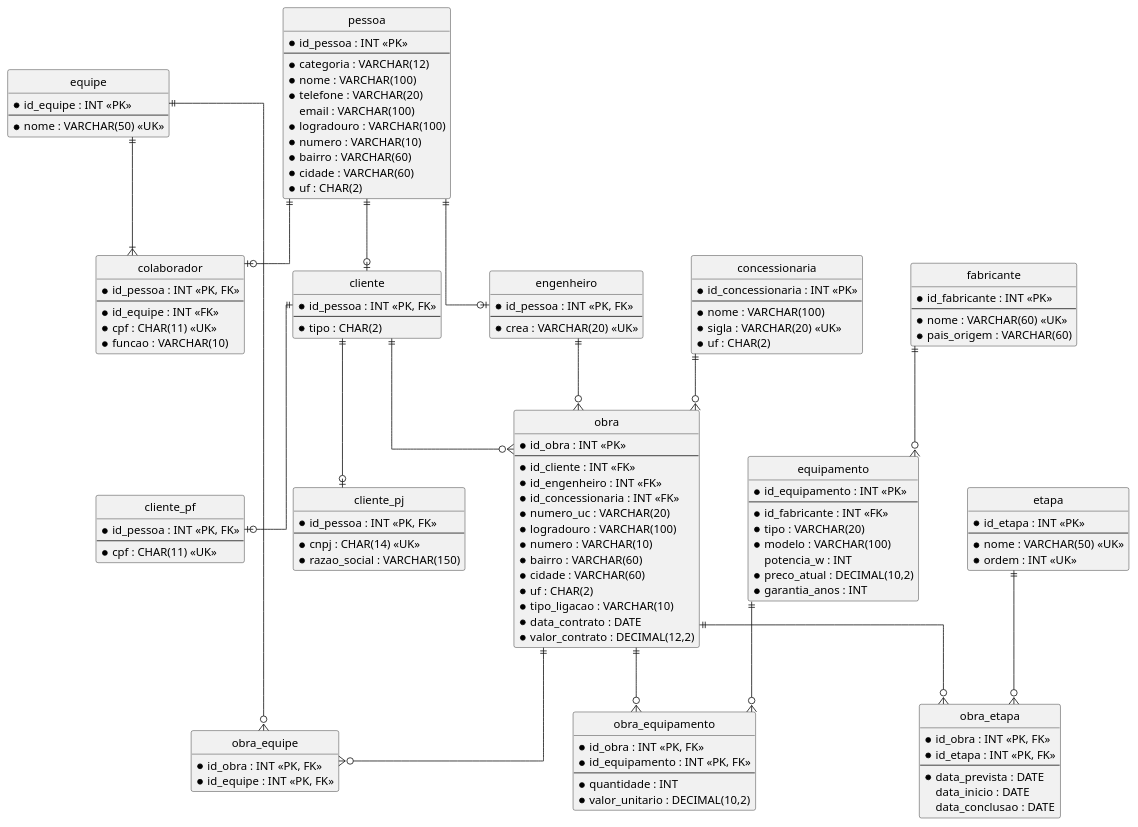
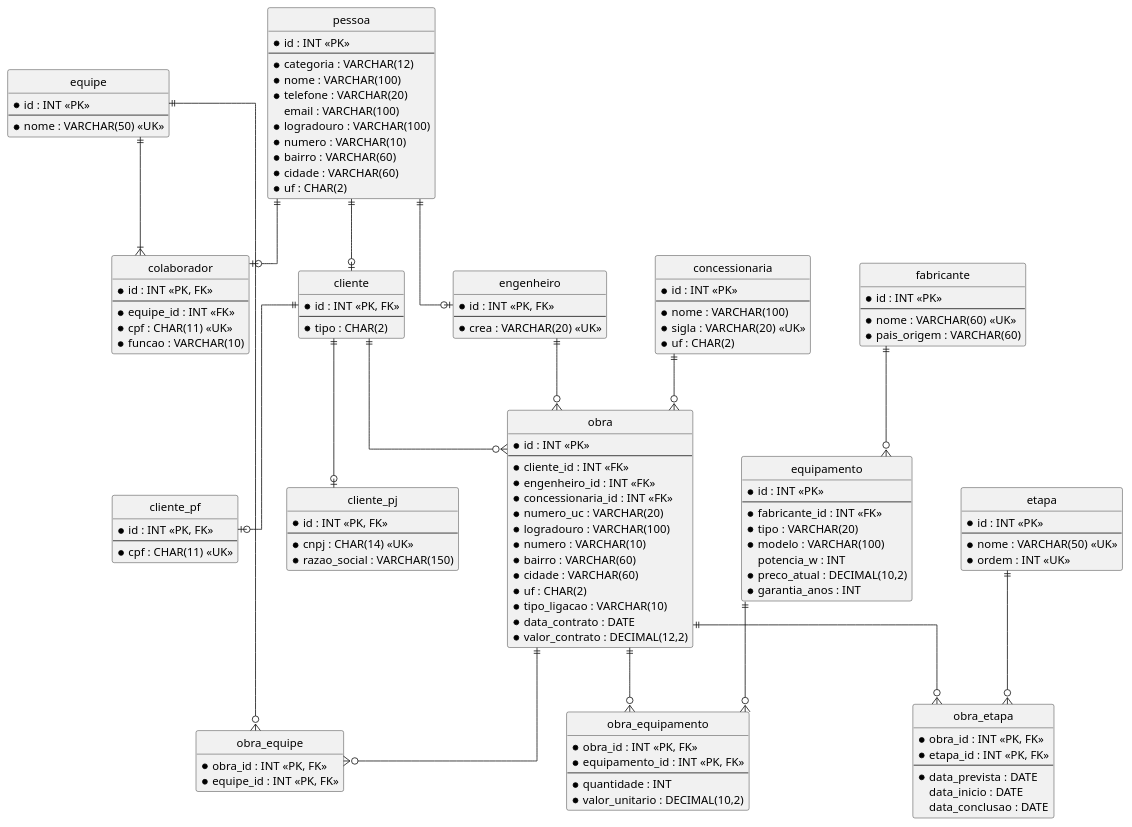
The diagram in documentacao/modelo_logico.puml (christianoeds/gestao_fotovoltaica), drawn with PlantUML before and after one commit. The commit also changed 8 other files, not shown here.

```diff
--- a/documentacao/modelo_logico.puml
+++ b/documentacao/modelo_logico.puml
@@ -1,166 +1,166 @@
 @startuml modelo_logico
 ' Modelo lógico (notação pé de galinha): Gestão Fotovoltaica
 ' Para gerar a imagem: plugin PlantUML do PhpStorm (requer Graphviz).
 '
 ' Legenda:  * = obrigatório (NOT NULL)   PK = chave primária   FK = chave estrangeira   UK = único
 
 hide circle
 hide empty methods
 skinparam linetype ortho
 skinparam nodesep 60
 skinparam ranksep 70
 
 ' ---------- Herança: pessoa e suas especializações ----------
 
 entity "pessoa" as pessoa {
-  * id_pessoa : INT <<PK>>
+  * id : INT <<PK>>
   --
   * categoria : VARCHAR(12)
   * nome : VARCHAR(100)
   * telefone : VARCHAR(20)
     email : VARCHAR(100)
   * logradouro : VARCHAR(100)
   * numero : VARCHAR(10)
   * bairro : VARCHAR(60)
   * cidade : VARCHAR(60)
   * uf : CHAR(2)
 }
 
 entity "cliente" as cliente {
-  * id_pessoa : INT <<PK, FK>>
+  * id : INT <<PK, FK>>
   --
   * tipo : CHAR(2)
 }
 
 entity "cliente_pf" as cliente_pf {
-  * id_pessoa : INT <<PK, FK>>
+  * id : INT <<PK, FK>>
   --
   * cpf : CHAR(11) <<UK>>
 }
 
 entity "cliente_pj" as cliente_pj {
-  * id_pessoa : INT <<PK, FK>>
+  * id : INT <<PK, FK>>
   --
   * cnpj : CHAR(14) <<UK>>
   * razao_social : VARCHAR(150)
 }
 
 entity "engenheiro" as engenheiro {
-  * id_pessoa : INT <<PK, FK>>
+  * id : INT <<PK, FK>>
   --
   * crea : VARCHAR(20) <<UK>>
 }
 
 entity "colaborador" as colaborador {
-  * id_pessoa : INT <<PK, FK>>
+  * id : INT <<PK, FK>>
   --
-  * id_equipe : INT <<FK>>
+  * equipe_id : INT <<FK>>
   * cpf : CHAR(11) <<UK>>
   * funcao : VARCHAR(10)
 }
 
 ' ---------- Demais tabelas ----------
 
 entity "concessionaria" as concessionaria {
-  * id_concessionaria : INT <<PK>>
+  * id : INT <<PK>>
   --
   * nome : VARCHAR(100)
   * sigla : VARCHAR(20) <<UK>>
   * uf : CHAR(2)
 }
 
 entity "obra" as obra {
-  * id_obra : INT <<PK>>
+  * id : INT <<PK>>
   --
-  * id_cliente : INT <<FK>>
-  * id_engenheiro : INT <<FK>>
-  * id_concessionaria : INT <<FK>>
+  * cliente_id : INT <<FK>>
+  * engenheiro_id : INT <<FK>>
+  * concessionaria_id : INT <<FK>>
   * numero_uc : VARCHAR(20)
   * logradouro : VARCHAR(100)
   * numero : VARCHAR(10)
   * bairro : VARCHAR(60)
   * cidade : VARCHAR(60)
   * uf : CHAR(2)
   * tipo_ligacao : VARCHAR(10)
   * data_contrato : DATE
   * valor_contrato : DECIMAL(12,2)
 }
 
 entity "equipe" as equipe {
-  * id_equipe : INT <<PK>>
+  * id : INT <<PK>>
   --
   * nome : VARCHAR(50) <<UK>>
 }
 
 entity "obra_equipe" as obra_equipe {
-  * id_obra : INT <<PK, FK>>
-  * id_equipe : INT <<PK, FK>>
+  * obra_id : INT <<PK, FK>>
+  * equipe_id : INT <<PK, FK>>
 }
 
 entity "fabricante" as fabricante {
-  * id_fabricante : INT <<PK>>
+  * id : INT <<PK>>
   --
   * nome : VARCHAR(60) <<UK>>
   * pais_origem : VARCHAR(60)
 }
 
 entity "equipamento" as equipamento {
-  * id_equipamento : INT <<PK>>
+  * id : INT <<PK>>
   --
-  * id_fabricante : INT <<FK>>
+  * fabricante_id : INT <<FK>>
   * tipo : VARCHAR(20)
   * modelo : VARCHAR(100)
     potencia_w : INT
   * preco_atual : DECIMAL(10,2)
   * garantia_anos : INT
 }
 
 entity "obra_equipamento" as obra_equipamento {
-  * id_obra : INT <<PK, FK>>
-  * id_equipamento : INT <<PK, FK>>
+  * obra_id : INT <<PK, FK>>
+  * equipamento_id : INT <<PK, FK>>
   --
   * quantidade : INT
   * valor_unitario : DECIMAL(10,2)
 }
 
 entity "etapa" as etapa {
-  * id_etapa : INT <<PK>>
+  * id : INT <<PK>>
   --
   * nome : VARCHAR(50) <<UK>>
   * ordem : INT <<UK>>
 }
 
 entity "obra_etapa" as obra_etapa {
-  * id_obra : INT <<PK, FK>>
-  * id_etapa : INT <<PK, FK>>
+  * obra_id : INT <<PK, FK>>
+  * etapa_id : INT <<PK, FK>>
   --
   * data_prevista : DATE
     data_inicio : DATE
     data_conclusao : DATE
 }
 
 ' Herança (1:1 opcional do lado da especialização)
 pessoa  ||--o| cliente
 pessoa  ||--o| engenheiro
 pessoa  ||--o| colaborador
 cliente ||--o| cliente_pf
 cliente ||--o| cliente_pj
 
 ' Relacionamentos
 cliente        ||--o{ obra
 engenheiro     ||--o{ obra
 concessionaria ||--o{ obra
 
 equipe ||--|{ colaborador
 
 obra   ||--o{ obra_equipe
 equipe ||--o{ obra_equipe
 
 fabricante  ||--o{ equipamento
 obra        ||--o{ obra_equipamento
 equipamento ||--o{ obra_equipamento
 
 obra  ||--o{ obra_etapa
 etapa ||--o{ obra_etapa
 
 @enduml
```
